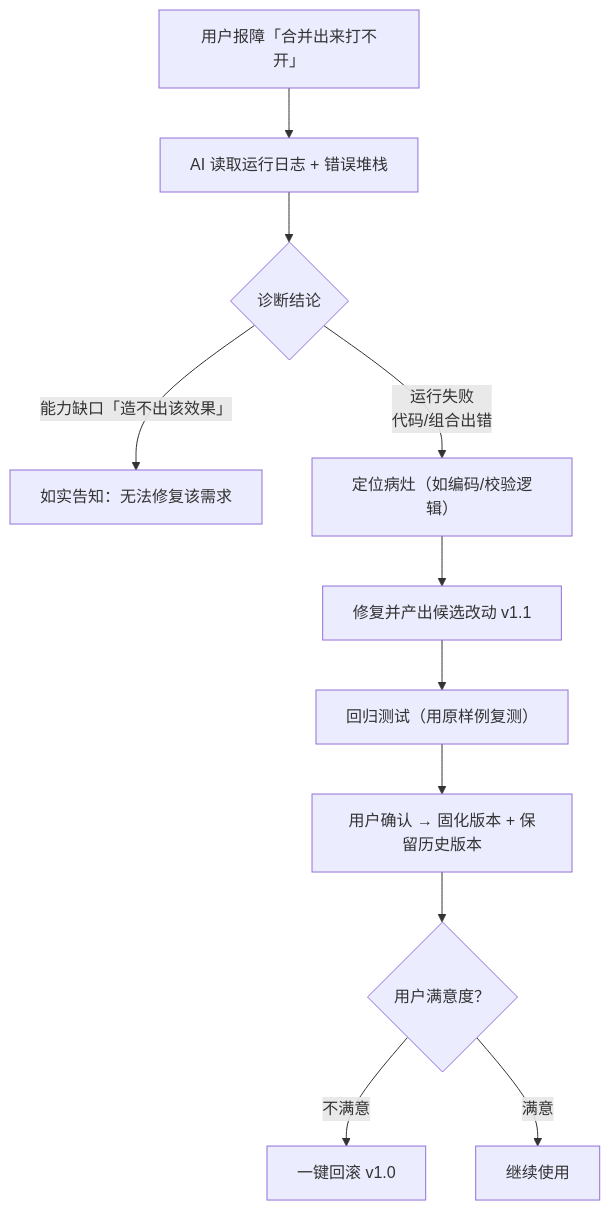
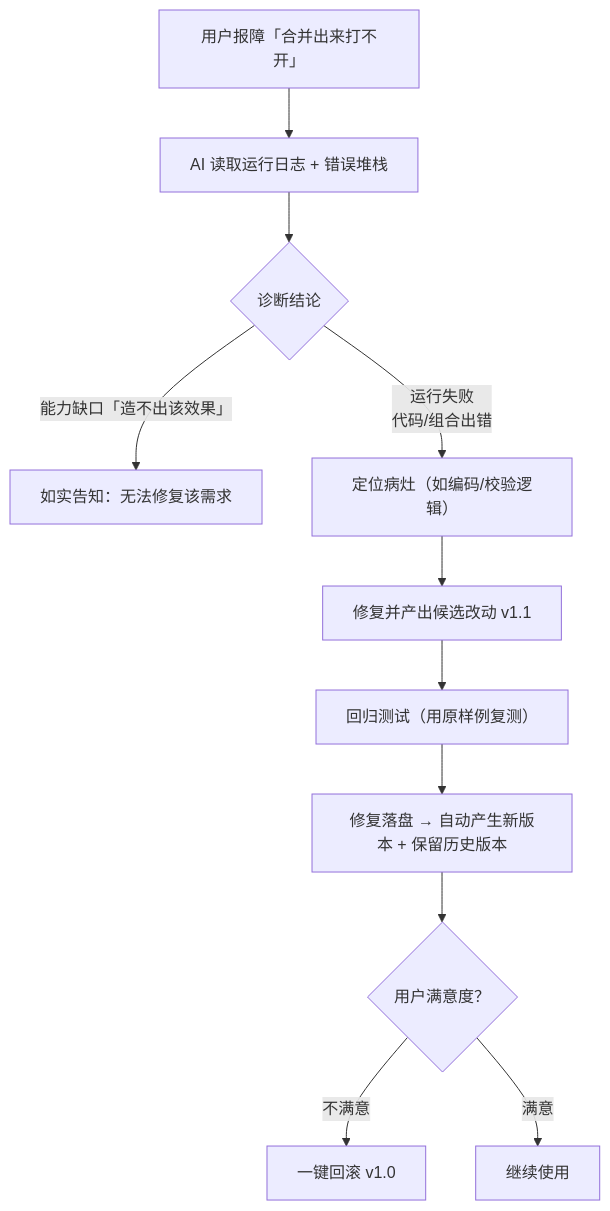
Before and after one commit to LiuWenXing1996/duo-ling: the second of 3 diagrams in docs/prd.md, drawn with Mermaid. The commit also changed other lines of this file and 1 other file, not shown here.

````diff
--- a/docs/prd.md
+++ b/docs/prd.md
@@ -223,13 +223,13 @@
 ```mermaid
 flowchart TD
   A[用户报障「合并出来打不开」] --> B[AI 读取运行日志 + 错误堆栈]
   B --> C{诊断结论}
   C -- 能力缺口「造不出该效果」 --> D[如实告知：无法修复该需求]
   C -- 运行失败\n代码/组合出错 --> E[定位病灶（如编码/校验逻辑）]
   E --> F[修复并产出候选改动 v1.1]
   F --> G[回归测试（用原样例复测）]
-  G --> H[用户确认 → 固化版本 + 保留历史版本]
+  G --> H[修复落盘 → 自动产生新版本 + 保留历史版本]
   H --> I{用户满意度？}
   I -- 不满意 --> J[一键回滚 v1.0]
   I -- 满意 --> K[继续使用]
 ```
````
